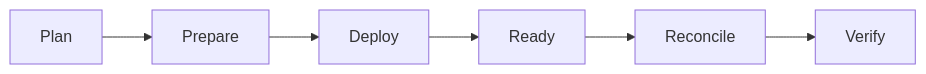
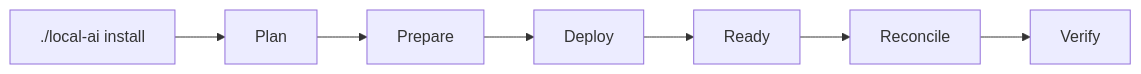
One commit to ea1het/local_hybrid_ai changed the diagram in docs/installation.md. Above: the diagram before and after it, drawn with Mermaid. The commit also changed other lines of this file, not shown here.

Commit message:
Route installation documentation through local-ai

````diff
--- a/docs/installation.md
+++ b/docs/installation.md
@@ -5,4 +5,4 @@
 ```mermaid
 flowchart LR
-    Plan --> Prepare --> Deploy --> Ready --> Reconcile --> Verify
+    CLI[./local-ai install] --> Plan --> Prepare --> Deploy --> Ready --> Reconcile --> Verify
 ```
````
